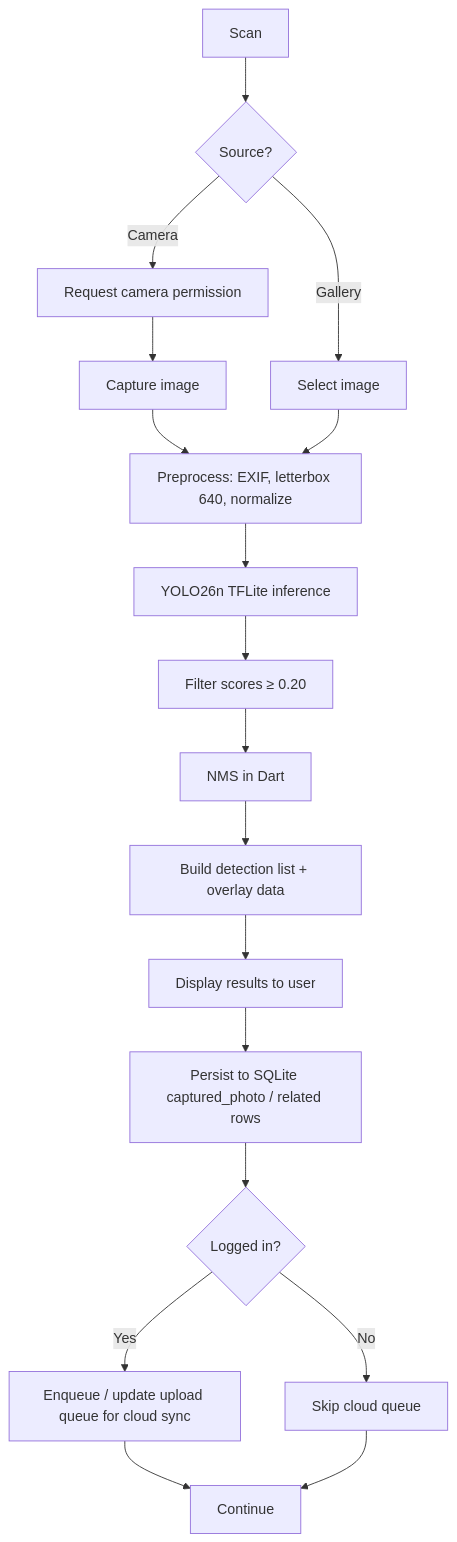
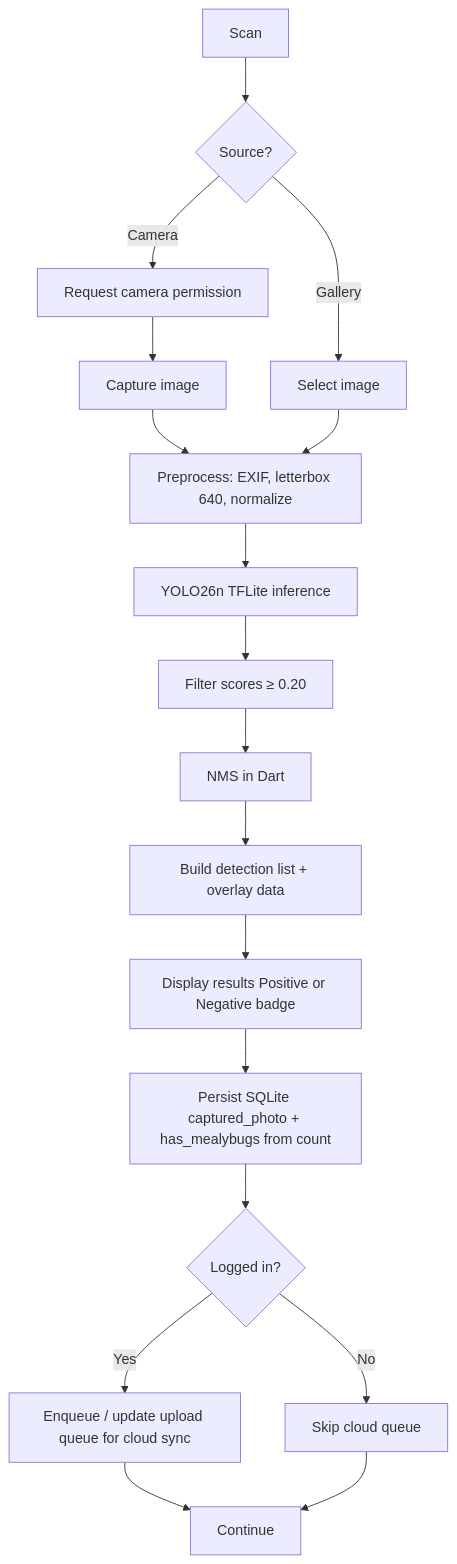
The fourth of 13 diagrams in docs/diagrams/PINYA_PIC_thesis_flowcharts.md (janrafael29/PINE), drawn with Mermaid before and after one commit. The commit also changed other lines of this file and 117 other files, not shown here.

````diff
--- a/docs/diagrams/PINYA_PIC_thesis_flowcharts.md
+++ b/docs/diagrams/PINYA_PIC_thesis_flowcharts.md
@@ -113,20 +112,20 @@
 ```mermaid
 flowchart TD
   SC[Scan] --> SRC{Source?}
   SRC -->|Camera| PERM[Request camera permission]
   PERM --> CAP[Capture image]
   SRC -->|Gallery| SEL[Select image]
   CAP --> PRE[Preprocess: EXIF, letterbox 640, normalize]
   SEL --> PRE
   PRE --> INF[YOLO26n TFLite inference]
   INF --> F[Filter scores ≥ 0.20]
   F --> NMS[NMS in Dart]
   NMS --> GEN[Build detection list + overlay data]
-  GEN --> DISP[Display results to user]
-  DISP --> SAVE[Persist to SQLite captured_photo / related rows]
+  GEN --> DISP[Display results Positive or Negative badge]
+  DISP --> SAVE[Persist SQLite captured_photo + has_mealybugs from count]
   SAVE --> LI{Logged in?}
   LI -->|Yes| Q[Enqueue / update upload queue for cloud sync]
   LI -->|No| SK[Skip cloud queue]
   Q --> END[Continue]
   SK --> END
 ```
````
